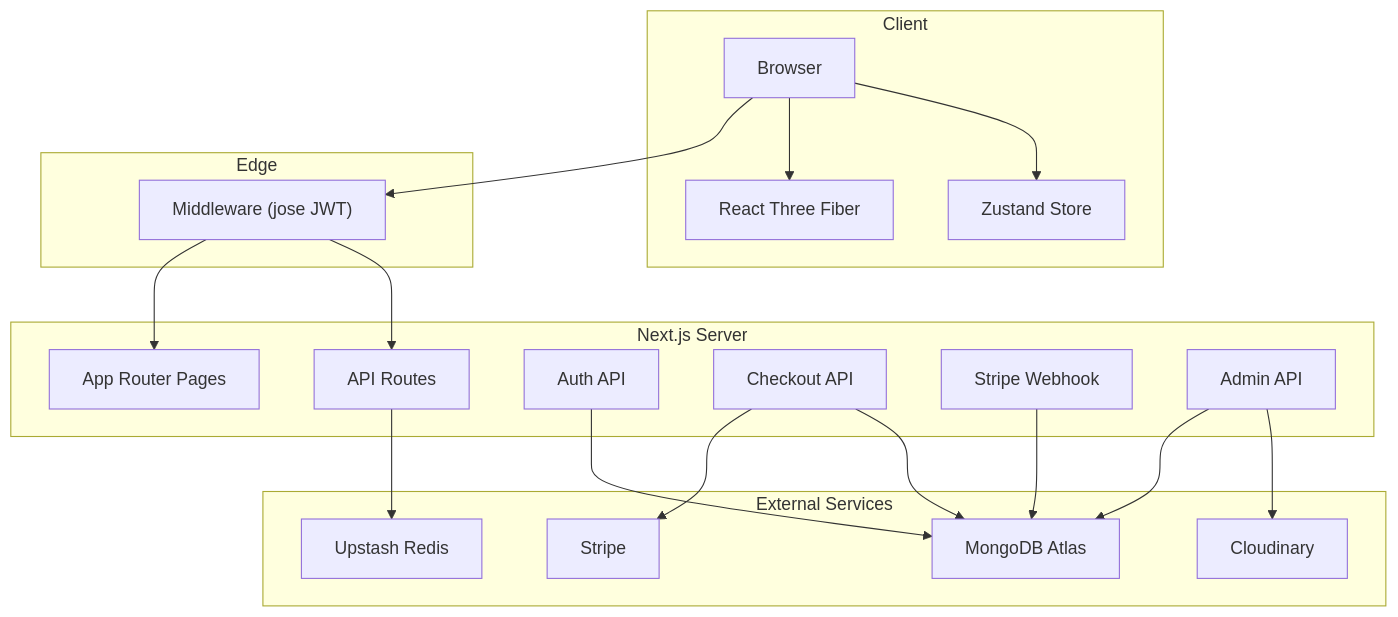
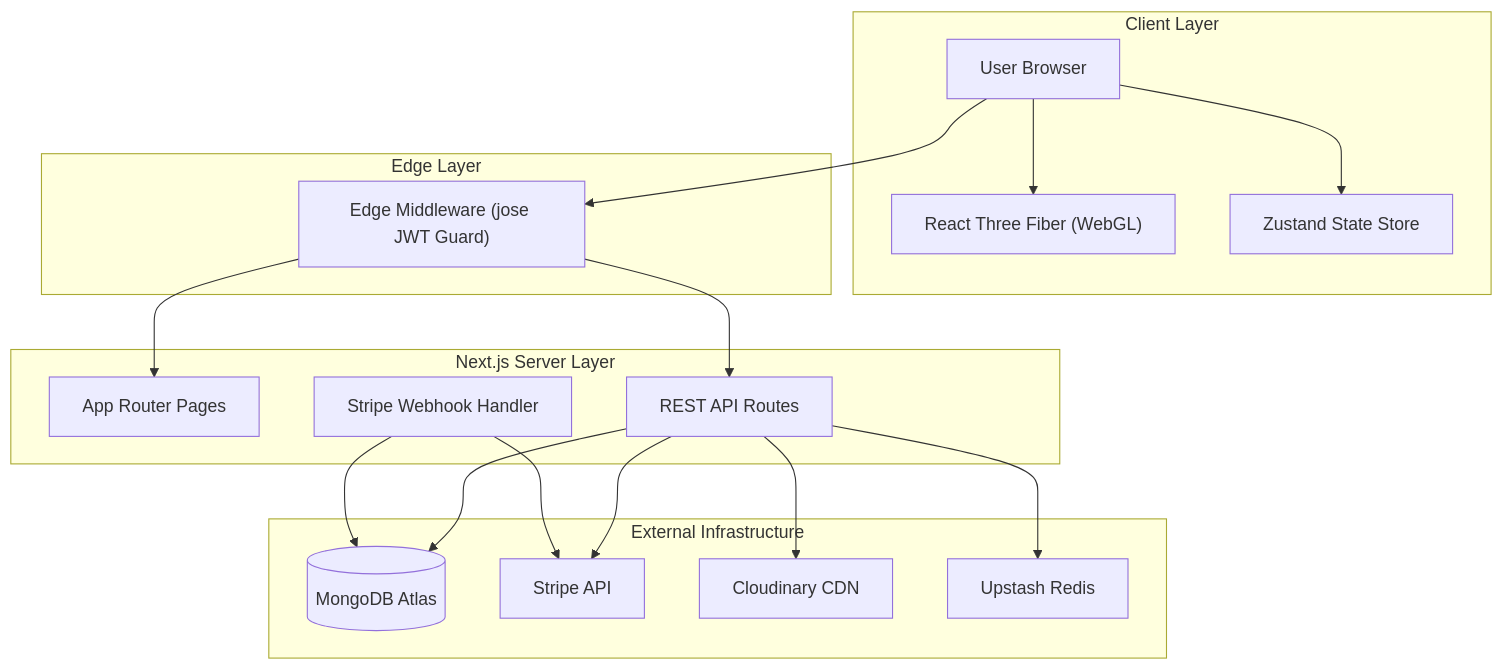
Before and after one commit to AKASH-KALSARIYA/Gravity-Shop: the diagram in README.md, drawn with Mermaid. The commit also changed other lines of this file, not shown here.

Commit message:
Enhance README with architecture, tech stack, setup guide, and API reference

````diff
--- a/README.md
+++ b/README.md
@@ -87,42 +100,38 @@
 ```mermaid
 graph TB
-    subgraph Client
-        Browser["Browser"]
-        R3F["React Three Fiber"]
-        Zustand["Zustand Store"]
+    subgraph Client Layer
+        Browser["User Browser"]
+        R3F["React Three Fiber (WebGL)"]
+        ZustandStore["Zustand State Store"]
     end
 
-    subgraph Edge
-        MW["Middleware (jose JWT)"]
+    subgraph Edge Layer
+        Middleware["Edge Middleware (jose JWT Guard)"]
     end
 
-    subgraph "Next.js Server"
-        Pages["App Router Pages"]
-        API["API Routes"]
-        Auth["Auth API"]
-        Checkout["Checkout API"]
-        Webhook["Stripe Webhook"]
-        AdminAPI["Admin API"]
+    subgraph Next.js Server Layer
+        AppPages["App Router Pages"]
+        APIRoutes["REST API Routes"]
+        StripeWebhook["Stripe Webhook Handler"]
     end
 
-    subgraph "External Services"
-        MongoDB["MongoDB Atlas"]
-        Stripe["Stripe"]
-        Cloudinary["Cloudinary"]
-        Redis["Upstash Redis"]
+    subgraph External Infrastructure
+        MongoDB[("MongoDB Atlas")]
+        StripeService["Stripe API"]
+        CloudinaryCDN["Cloudinary CDN"]
+        UpstashRedis["Upstash Redis"]
     end
 
-    Browser --> MW
-    MW --> Pages
-    MW --> API
+    Browser --> Middleware
+    Middleware --> AppPages
+    Middleware --> APIRoutes
     Browser --> R3F
-    Browser --> Zustand
+    Browser --> ZustandStore
 
-    Auth --> MongoDB
-    AdminAPI --> MongoDB
-    AdminAPI --> Cloudinary
-    Checkout --> Stripe
-    Checkout --> MongoDB
-    Webhook --> MongoDB
-    API --> Redis
+    APIRoutes --> MongoDB
+    APIRoutes --> CloudinaryCDN
+    APIRoutes --> UpstashRedis
+    APIRoutes --> StripeService
+    StripeWebhook --> StripeService
+    StripeWebhook --> MongoDB
 ```
````
